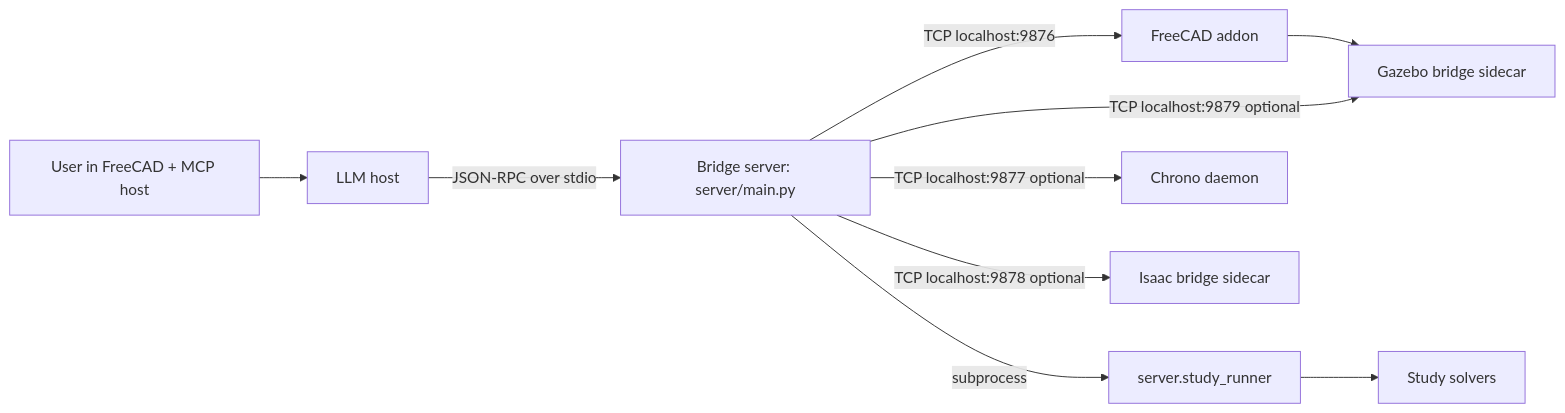
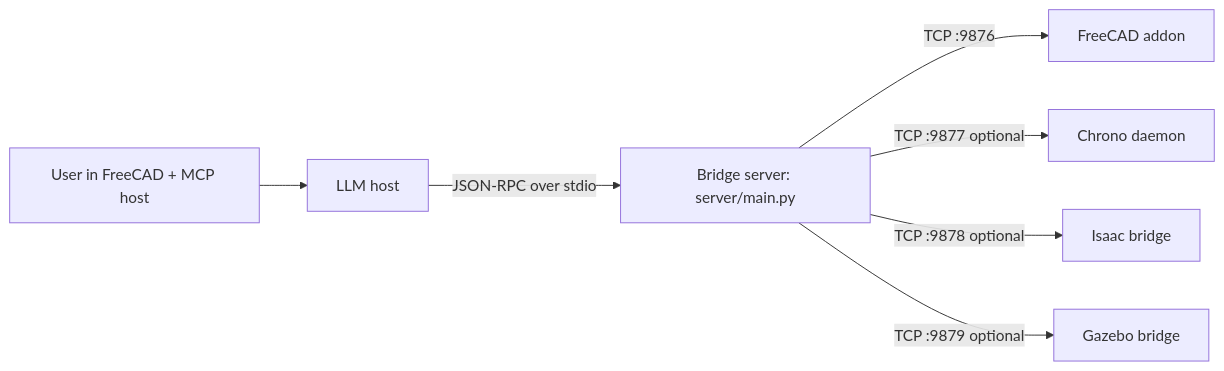
The diagram in README.md (John-Cusack/solidmind-cad), drawn with Mermaid before and after one commit. The commit also changed other lines of this file and 26 other files, not shown here.

````diff
--- a/README.md
+++ b/README.md
@@ -38,14 +169,9 @@
 ```mermaid
 flowchart LR
     U[User in FreeCAD + MCP host] --> H[LLM host]
     H -->|JSON-RPC over stdio| S[Bridge server: server/main.py]
-    S -->|TCP localhost:9876| F[FreeCAD addon]
-    F --> G[FreeCAD API operations]
-
-    S -->|subprocess| R[server.study_runner]
-    R --> V[Study solvers]
-
-    S -->|TCP localhost:9877 optional| C[Chrono daemon]
-    S -->|TCP localhost:9878 optional| I[Isaac bridge sidecar]
-    S -->|TCP localhost:9879 optional| G[Gazebo bridge sidecar]
+    S -->|TCP :9876| F[FreeCAD addon]
+    S -->|TCP :9877 optional| C[Chrono daemon]
+    S -->|TCP :9878 optional| I[Isaac bridge]
+    S -->|TCP :9879 optional| GZ[Gazebo bridge]
 ```
````
